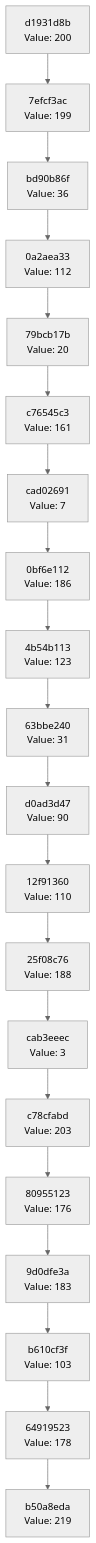
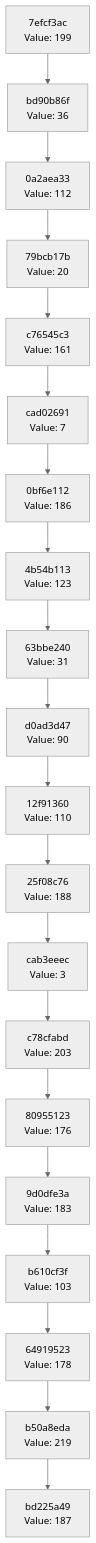
Before and after one commit to Abhisheksinha1506/hash-chain-evolver: the diagram in docs/CHAIN_VISUALIZATION.md, drawn with Mermaid (neutral theme). The commit also changed 1 other file, not shown here.

Commit message:
Evolution step: hash 0xBB → action executed

````diff
--- a/docs/CHAIN_VISUALIZATION.md
+++ b/docs/CHAIN_VISUALIZATION.md
@@ -3,42 +3,42 @@
 ```mermaid
 graph TD
-    C0["b50a8eda<br/>Value: 219"]
-    C1["64919523<br/>Value: 178"]
+    C0["bd225a49<br/>Value: 187"]
+    C1["b50a8eda<br/>Value: 219"]
     C1 --> C0
-    C2["b610cf3f<br/>Value: 103"]
+    C2["64919523<br/>Value: 178"]
     C2 --> C1
-    C3["9d0dfe3a<br/>Value: 183"]
+    C3["b610cf3f<br/>Value: 103"]
     C3 --> C2
-    C4["80955123<br/>Value: 176"]
+    C4["9d0dfe3a<br/>Value: 183"]
     C4 --> C3
-    C5["c78cfabd<br/>Value: 203"]
+    C5["80955123<br/>Value: 176"]
     C5 --> C4
-    C6["cab3eeec<br/>Value: 3"]
+    C6["c78cfabd<br/>Value: 203"]
     C6 --> C5
-    C7["25f08c76<br/>Value: 188"]
+    C7["cab3eeec<br/>Value: 3"]
     C7 --> C6
-    C8["12f91360<br/>Value: 110"]
+    C8["25f08c76<br/>Value: 188"]
     C8 --> C7
-    C9["d0ad3d47<br/>Value: 90"]
+    C9["12f91360<br/>Value: 110"]
     C9 --> C8
-    C10["63bbe240<br/>Value: 31"]
+    C10["d0ad3d47<br/>Value: 90"]
     C10 --> C9
-    C11["4b54b113<br/>Value: 123"]
+    C11["63bbe240<br/>Value: 31"]
     C11 --> C10
-    C12["0bf6e112<br/>Value: 186"]
+    C12["4b54b113<br/>Value: 123"]
     C12 --> C11
-    C13["cad02691<br/>Value: 7"]
+    C13["0bf6e112<br/>Value: 186"]
     C13 --> C12
-    C14["c76545c3<br/>Value: 161"]
+    C14["cad02691<br/>Value: 7"]
     C14 --> C13
-    C15["79bcb17b<br/>Value: 20"]
+    C15["c76545c3<br/>Value: 161"]
     C15 --> C14
-    C16["0a2aea33<br/>Value: 112"]
+    C16["79bcb17b<br/>Value: 20"]
     C16 --> C15
-    C17["bd90b86f<br/>Value: 36"]
+    C17["0a2aea33<br/>Value: 112"]
     C17 --> C16
-    C18["7efcf3ac<br/>Value: 199"]
+    C18["bd90b86f<br/>Value: 36"]
     C18 --> C17
-    C19["d1931d8b<br/>Value: 200"]
+    C19["7efcf3ac<br/>Value: 199"]
     C19 --> C18
 ```
````
